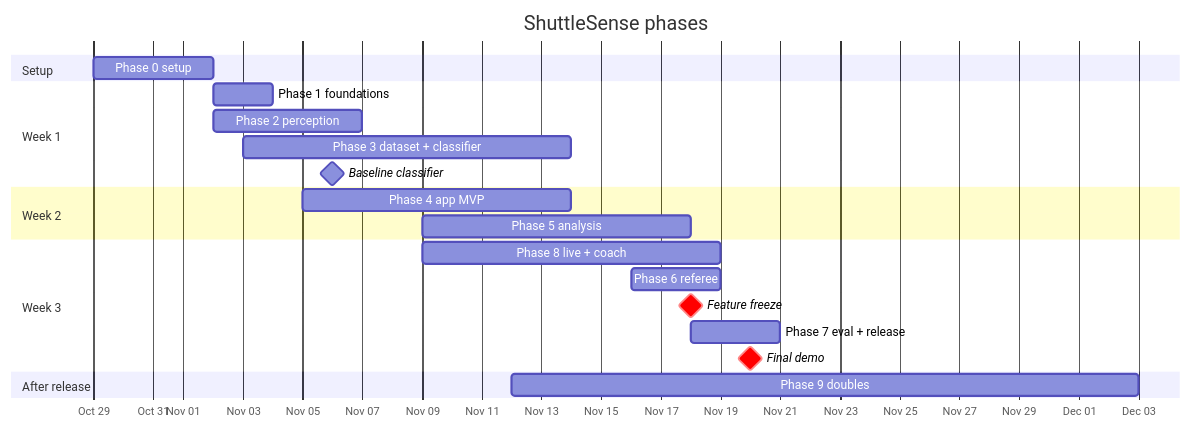
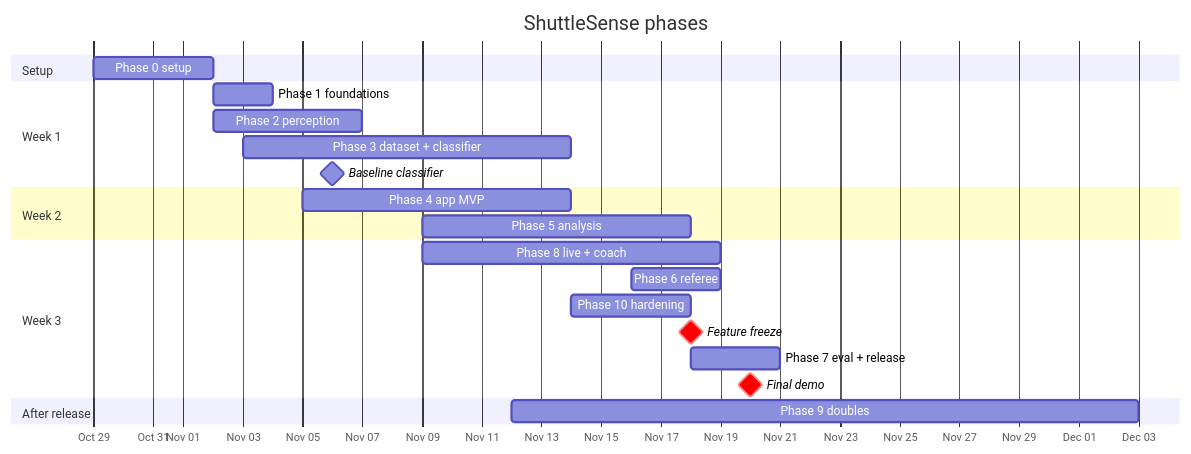
One commit to Mist10148/ShuttleSense changed the first of 3 diagrams in docs/PHASES.md. Above: the diagram before and after it, drawn with Mermaid. The commit also changed other lines of this file and 4 other files, not shown here.

````diff
--- a/docs/PHASES.md
+++ b/docs/PHASES.md
@@ -57,24 +58,25 @@
 ```mermaid
 gantt
     title ShuttleSense phases
     dateFormat YYYY-MM-DD
     axisFormat %b %d
     section Setup
     Phase 0 setup                  :p0, 2026-10-29, 4d
     section Week 1
     Phase 1 foundations            :p1, 2026-11-02, 2d
     Phase 2 perception             :p2, 2026-11-02, 5d
     Phase 3 dataset + classifier   :p3, 2026-11-03, 11d
     Baseline classifier            :milestone, 2026-11-06, 0d
     section Week 2
     Phase 4 app MVP                :p4, 2026-11-05, 9d
     Phase 5 analysis               :p5, 2026-11-09, 9d
     section Week 3
     Phase 8 live + coach           :p8, 2026-11-09, 10d
     Phase 6 referee                :p6, 2026-11-16, 3d
+    Phase 10 hardening             :p10, 2026-11-14, 4d
     Feature freeze                 :milestone, crit, 2026-11-18, 0d
     Phase 7 eval + release         :p7, 2026-11-18, 3d
     Final demo                     :milestone, crit, 2026-11-20, 0d
     section After release
     Phase 9 doubles                :p9, 2026-11-12, 21d
 ```
````
